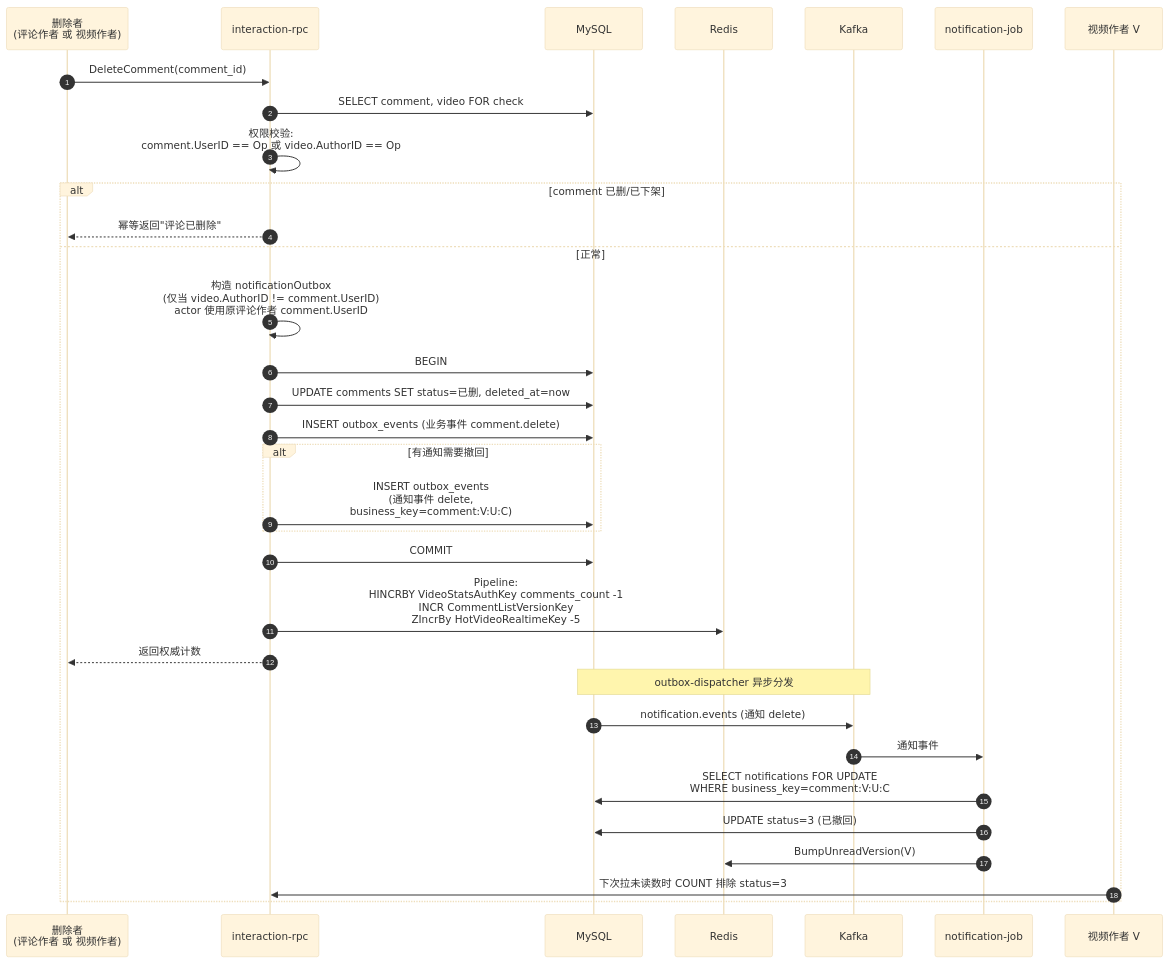
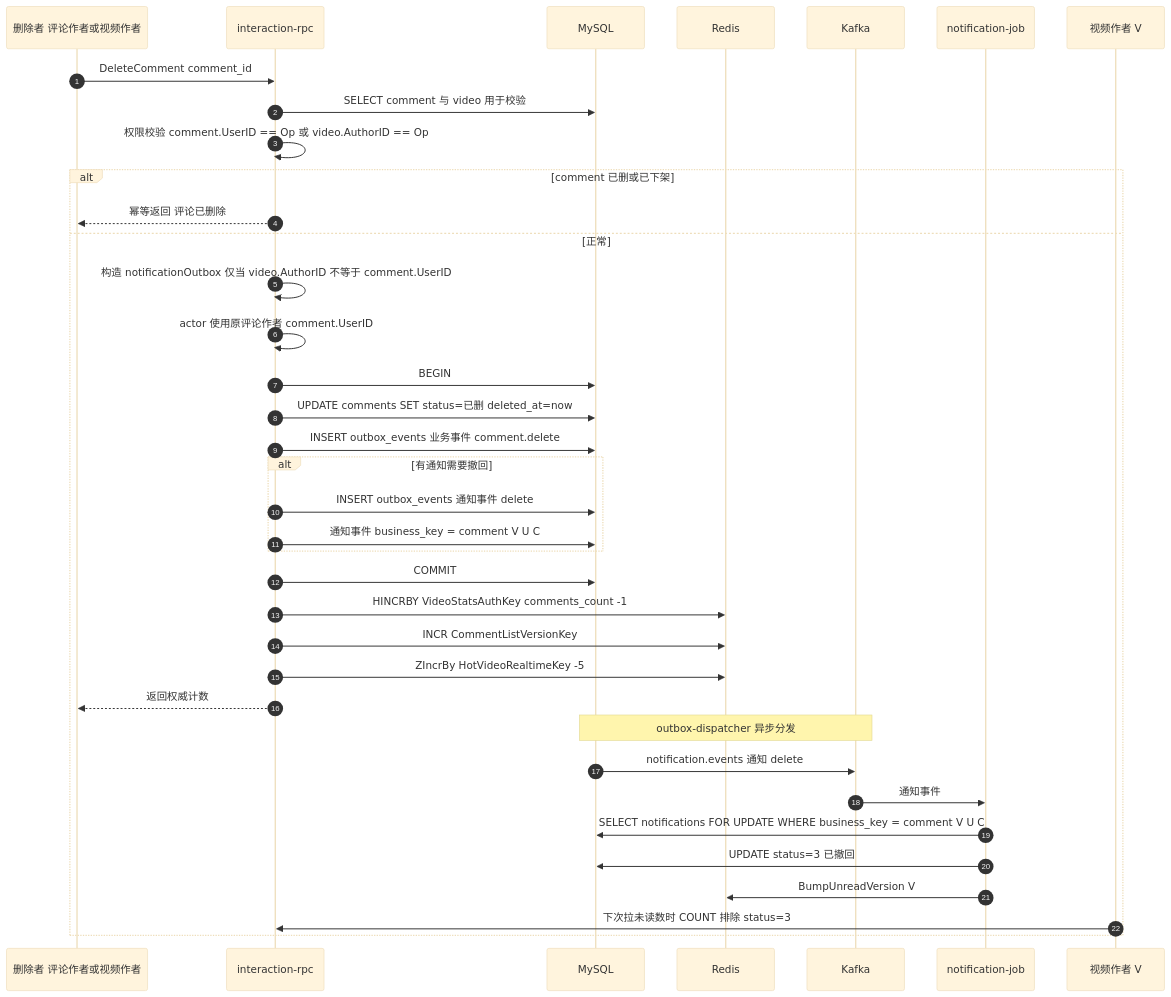
Diagram 16 of 28 in docs/PROJECT_OVERVIEW.md (Redeemz473/feedsystem-zero), drawn with Mermaid (base theme) before and after one commit. The commit also changed other lines of this file, not shown here.

Commit message:
docs(overview): fix 4 broken mermaid diagrams on github (8.3.4 flowchart layout, 8.3.5 dashed-label, 8.3.6 sequence br and braces)

````diff
--- a/docs/PROJECT_OVERVIEW.md
+++ b/docs/PROJECT_OVERVIEW.md
@@ -2835,36 +2839,40 @@
 ```mermaid
 sequenceDiagram
     autonumber
-    participant Op as 删除者<br/>(评论作者 或 视频作者)
+    participant Op as 删除者 评论作者或视频作者
     participant RPC as interaction-rpc
     participant DB as MySQL
     participant R as Redis
     participant K as Kafka
     participant NJ as notification-job
     participant V as 视频作者 V
 
-    Op->>RPC: DeleteComment(comment_id)
-    RPC->>DB: SELECT comment, video FOR check
-    RPC->>RPC: 权限校验:<br/>comment.UserID == Op 或 video.AuthorID == Op
-    alt comment 已删/已下架
-        RPC-->>Op: 幂等返回"评论已删除"
+    Op->>RPC: DeleteComment comment_id
+    RPC->>DB: SELECT comment 与 video 用于校验
+    RPC->>RPC: 权限校验 comment.UserID == Op 或 video.AuthorID == Op
+    alt comment 已删或已下架
+        RPC-->>Op: 幂等返回 评论已删除
     else 正常
-        RPC->>RPC: 构造 notificationOutbox<br/>(仅当 video.AuthorID != comment.UserID)<br/>actor 使用原评论作者 comment.UserID
+        RPC->>RPC: 构造 notificationOutbox 仅当 video.AuthorID 不等于 comment.UserID
+        RPC->>RPC: actor 使用原评论作者 comment.UserID
         RPC->>DB: BEGIN
-        RPC->>DB: UPDATE comments SET status=已删, deleted_at=now
-        RPC->>DB: INSERT outbox_events (业务事件 comment.delete)
+        RPC->>DB: UPDATE comments SET status=已删 deleted_at=now
+        RPC->>DB: INSERT outbox_events 业务事件 comment.delete
         alt 有通知需要撤回
-            RPC->>DB: INSERT outbox_events<br/>(通知事件 delete,<br/>business_key=comment:V:U:C)
+            RPC->>DB: INSERT outbox_events 通知事件 delete
+            RPC->>DB: 通知事件 business_key = comment V U C
         end
         RPC->>DB: COMMIT
-        RPC->>R: Pipeline:<br/>HINCRBY VideoStatsAuthKey comments_count -1<br/>INCR CommentListVersionKey<br/>ZIncrBy HotVideoRealtimeKey -5
+        RPC->>R: HINCRBY VideoStatsAuthKey comments_count -1
+        RPC->>R: INCR CommentListVersionKey
+        RPC->>R: ZIncrBy HotVideoRealtimeKey -5
         RPC-->>Op: 返回权威计数
         Note over DB,K: outbox-dispatcher 异步分发
-        DB->>K: notification.events (通知 delete)
+        DB->>K: notification.events 通知 delete
         K->>NJ: 通知事件
-        NJ->>DB: SELECT notifications FOR UPDATE<br/>WHERE business_key=comment:V:U:C
-        NJ->>DB: UPDATE status=3 (已撤回)
-        NJ->>R: BumpUnreadVersion(V)
+        NJ->>DB: SELECT notifications FOR UPDATE WHERE business_key = comment V U C
+        NJ->>DB: UPDATE status=3 已撤回
+        NJ->>R: BumpUnreadVersion V
         V->>RPC: 下次拉未读数时 COUNT 排除 status=3
     end
 ```
````
